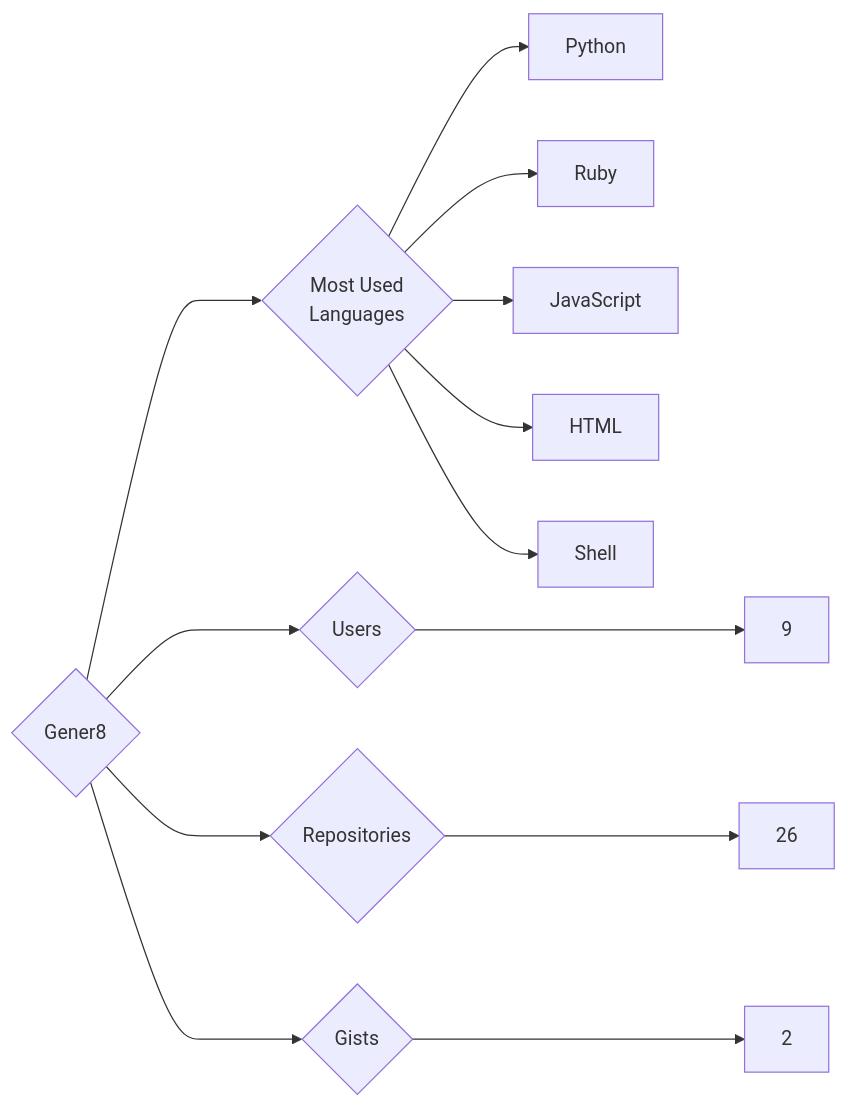
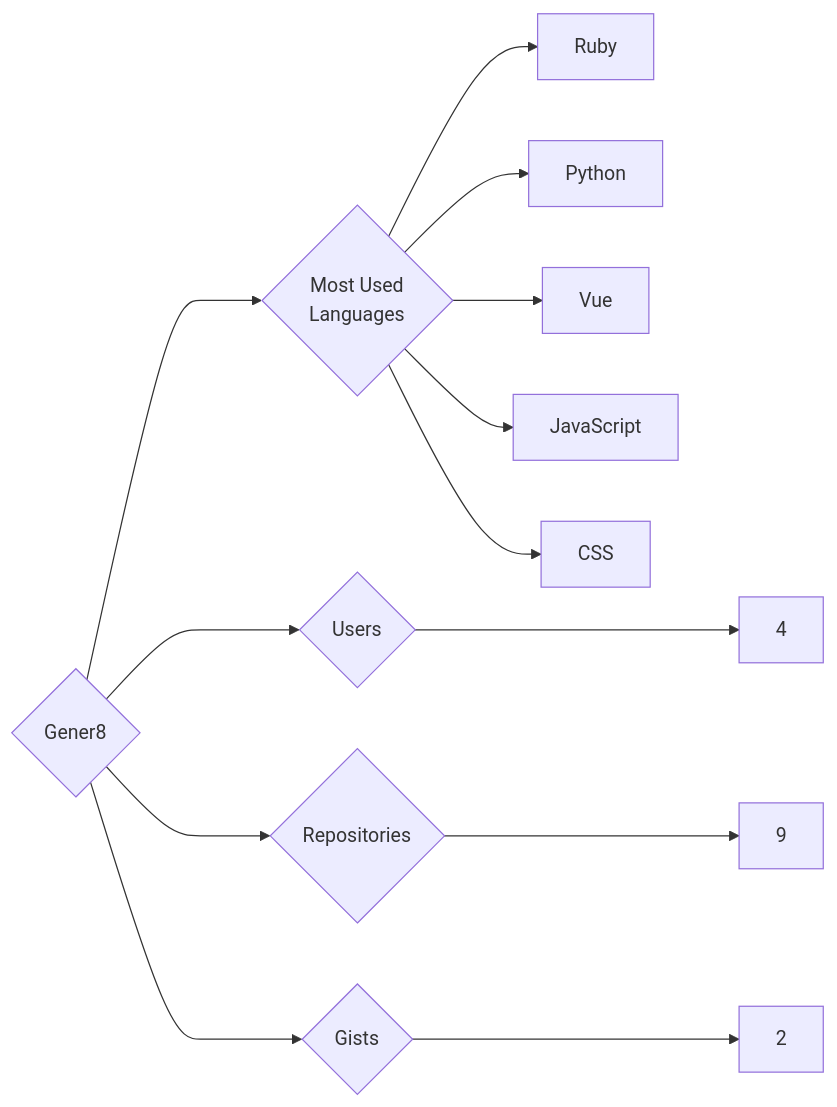
One commit to trickest/insiders changed the diagram in targets/Gener8/README.md. Above: the diagram before and after it, drawn with Mermaid. The commit also changed 857 other files, not shown here.

````diff
--- a/targets/Gener8/README.md
+++ b/targets/Gener8/README.md
@@ -3,13 +3,13 @@
 ```mermaid
 graph LR
 COMPANY_NAME{Gener8}
-COMPANY_NAME ---> U{Users} ---> UN[9]
-COMPANY_NAME ---> R{Repositories} ---> RN[26]
+COMPANY_NAME ---> U{Users} ---> UN[4]
+COMPANY_NAME ---> R{Repositories} ---> RN[9]
 COMPANY_NAME ---> G{Gists} ---> GN[2]
 COMPANY_NAME ---> ML{Most Used<br>Languages}
+ML --> Ruby[Ruby]
 ML --> Python[Python]
-ML --> Ruby[Ruby]
+ML --> Vue[Vue]
 ML --> JavaScript[JavaScript]
-ML --> HTML[HTML]
-ML --> Shell[Shell]
+ML --> CSS[CSS]
 ```
````
